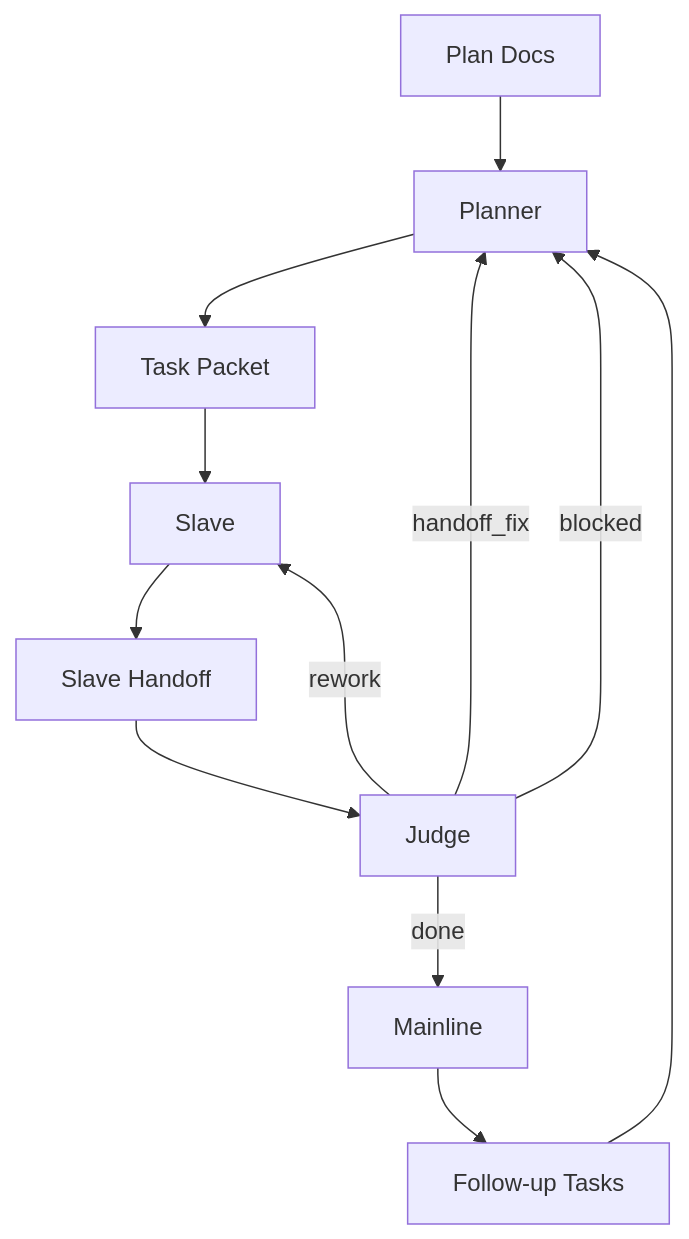
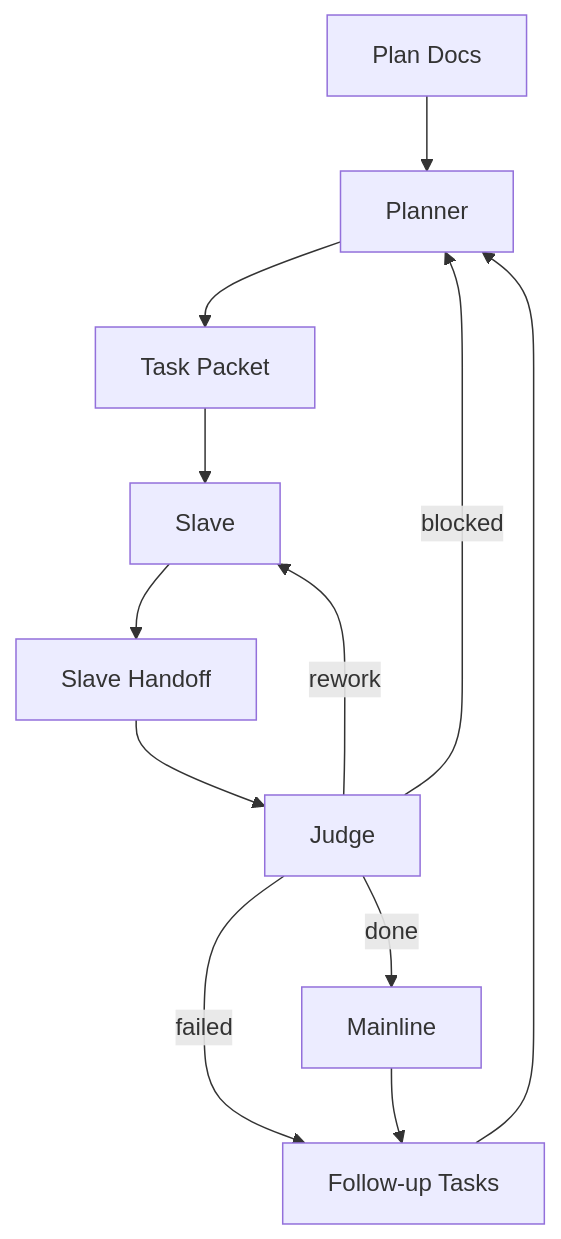
One commit to avoc-ado/clanker changed the diagram in docs/workflow.md. Above: the diagram before and after it, drawn with Mermaid. The commit also changed other lines of this file and 32 other files, not shown here.

````diff
--- a/docs/workflow.md
+++ b/docs/workflow.md
@@ -5,14 +5,14 @@
 ```mermaid
 flowchart TD
   A[Plan Docs] --> B[Planner]
   B --> C[Task Packet]
   C --> D[Slave]
   D --> E[Slave Handoff]
   E --> F[Judge]
   F -->|done| G[Mainline]
   F -->|rework| D
-  F -->|handoff_fix| B
   F -->|blocked| B
+  F -->|failed| H
   G --> H[Follow-up Tasks]
   H --> B
 ```
````
